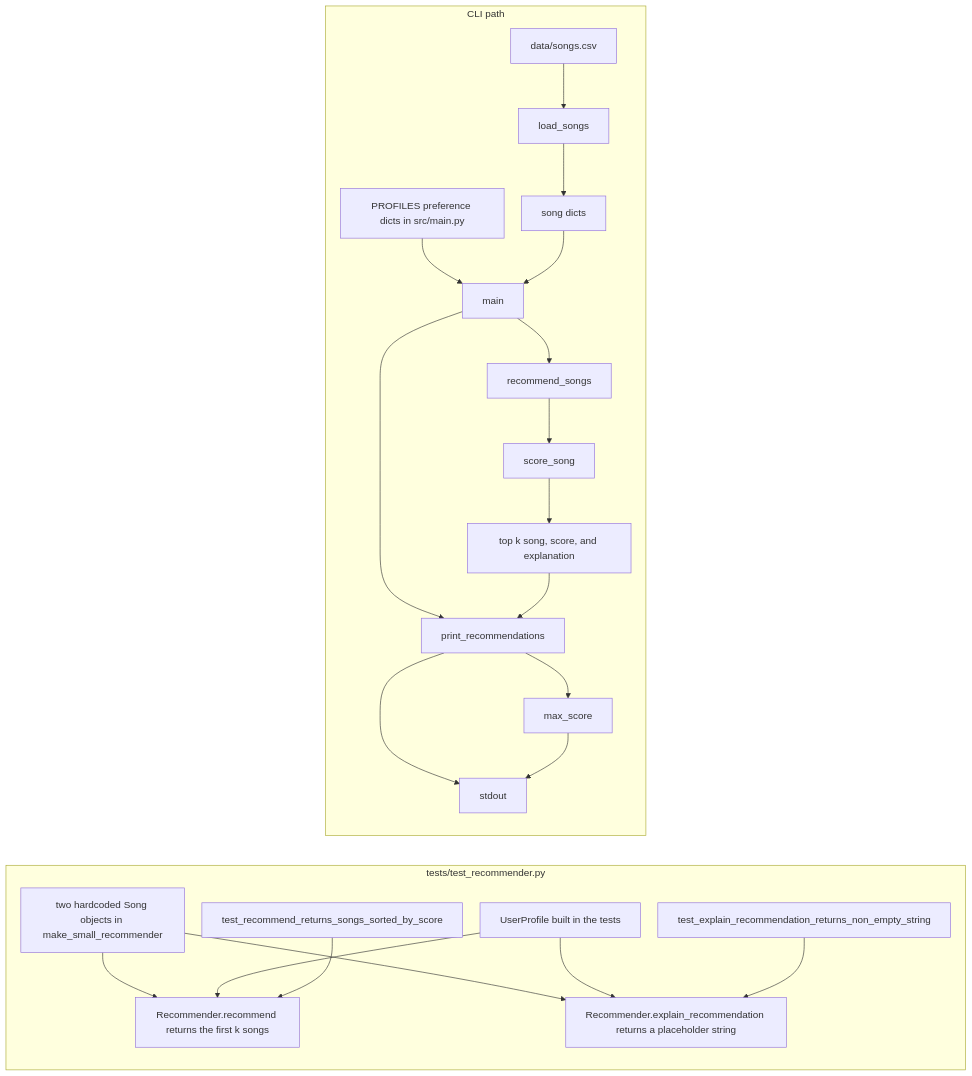
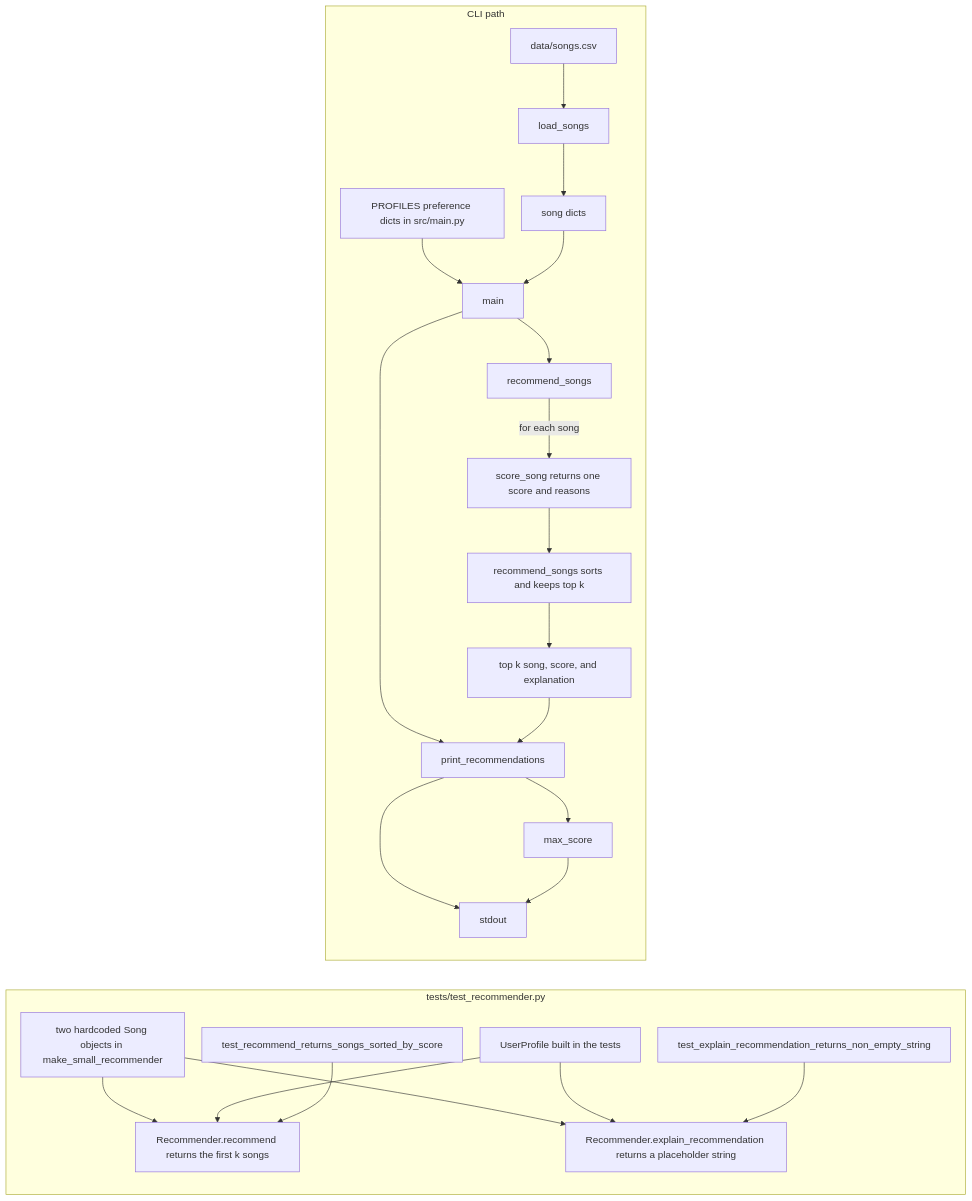
Before and after one commit to ThePurpleClub/applied-ai-system-project: the diagram in diagrams/architecture.mmd, drawn with Mermaid. The commit also changed 1 other file, not shown here.

Commit message:
Show top-k selection inside recommend_songs.
score_song only returns one song's score and reasons. recommend_songs sorts those scores and keeps the top k.

```diff
--- a/diagrams/architecture.mmd
+++ b/diagrams/architecture.mmd
@@ -1,29 +1,30 @@
 %%{init: {"flowchart": {"rankSpacing": 48, "nodeSpacing": 28, "padding": 16}}}%%
 flowchart TD
     subgraph cli ["CLI path"]
         direction TB
         csv["data/songs.csv"] --> loadSongs["load_songs"]
         loadSongs --> songDicts["song dicts"]
         profiles["PROFILES preference dicts in src/main.py"] --> main["main"]
         songDicts --> main
         main --> recommend["recommend_songs"]
-        recommend --> score["score_song"]
-        score --> topk["top k song, score, and explanation"]
+        recommend -->|"for each song"| score["score_song returns one score and reasons"]
+        score --> rankStep["recommend_songs sorts and keeps top k"]
+        rankStep --> topk["top k song, score, and explanation"]
         main --> printer["print_recommendations"]
         topk --> printer
         printer --> maxScore["max_score"]
         printer --> stdout["stdout"]
         maxScore --> stdout
     end
 
     subgraph checks ["tests/test_recommender.py"]
         direction TB
         fixtures["two hardcoded Song objects in make_small_recommender"] --> recommendMethod["Recommender.recommend returns the first k songs"]
         userProfile["UserProfile built in the tests"] --> recommendMethod
         rankTest["test_recommend_returns_songs_sorted_by_score"] --> recommendMethod
         fixtures --> explainMethod["Recommender.explain_recommendation returns a placeholder string"]
         userProfile --> explainMethod
         explainTest["test_explain_recommendation_returns_non_empty_string"] --> explainMethod
     end
 
     cli ~~~ checks
```
